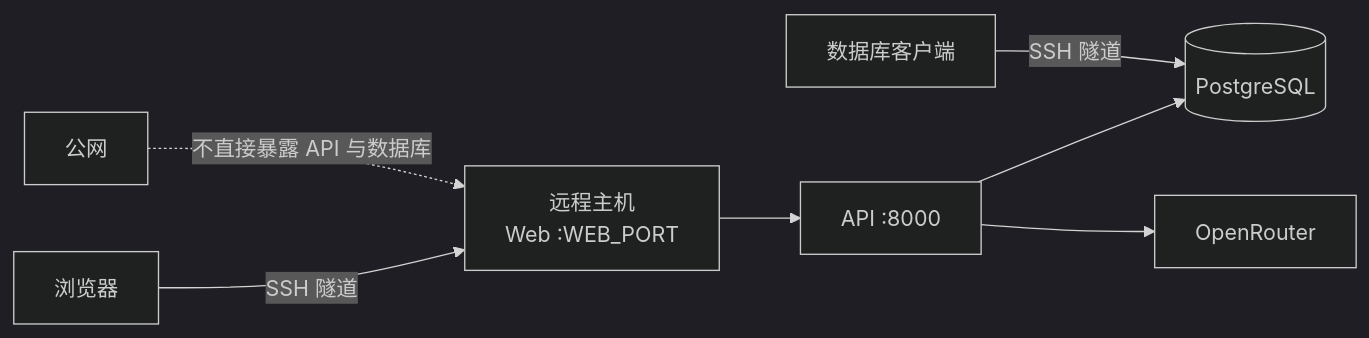
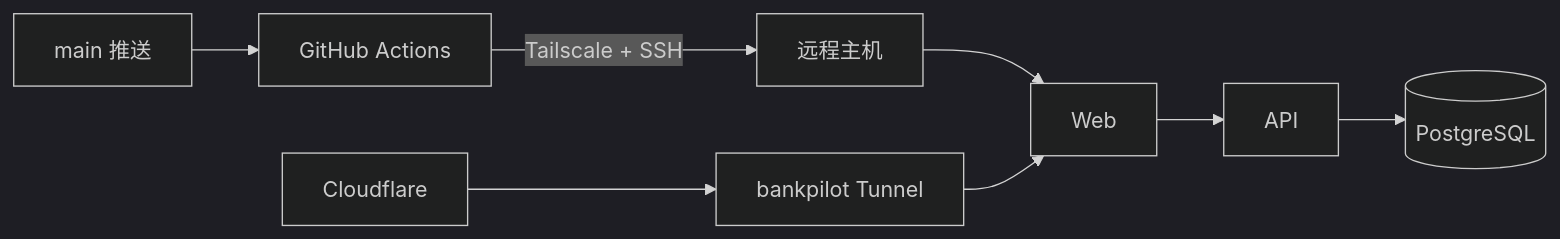
One commit to Masterora/bankpilot-agent changed the first of 2 diagrams in deploy/README.md. Above: the diagram before and after it, drawn with Mermaid (dark theme). The commit also changed other lines of this file and 24 other files, not shown here.

````diff
--- a/deploy/README.md
+++ b/deploy/README.md
@@ -3,9 +5,10 @@
 ```mermaid
 flowchart LR
-    U[浏览器] -->|SSH 隧道| W[远程主机<br/>Web :WEB_PORT]
-    W --> A[API :8000]
+    G[main 推送] --> CI[GitHub Actions]
+    CI -->|Tailscale + SSH| H[远程主机]
+    H --> W[Web]
+    W --> A[API]
     A --> P[(PostgreSQL)]
-    A --> O[OpenRouter]
-    D[数据库客户端] -->|SSH 隧道| P
-    PUBLIC[公网] -.不直接暴露 API 与数据库.-> W
+    C[Cloudflare] --> T[bankpilot Tunnel]
+    T --> W
 ```
````
